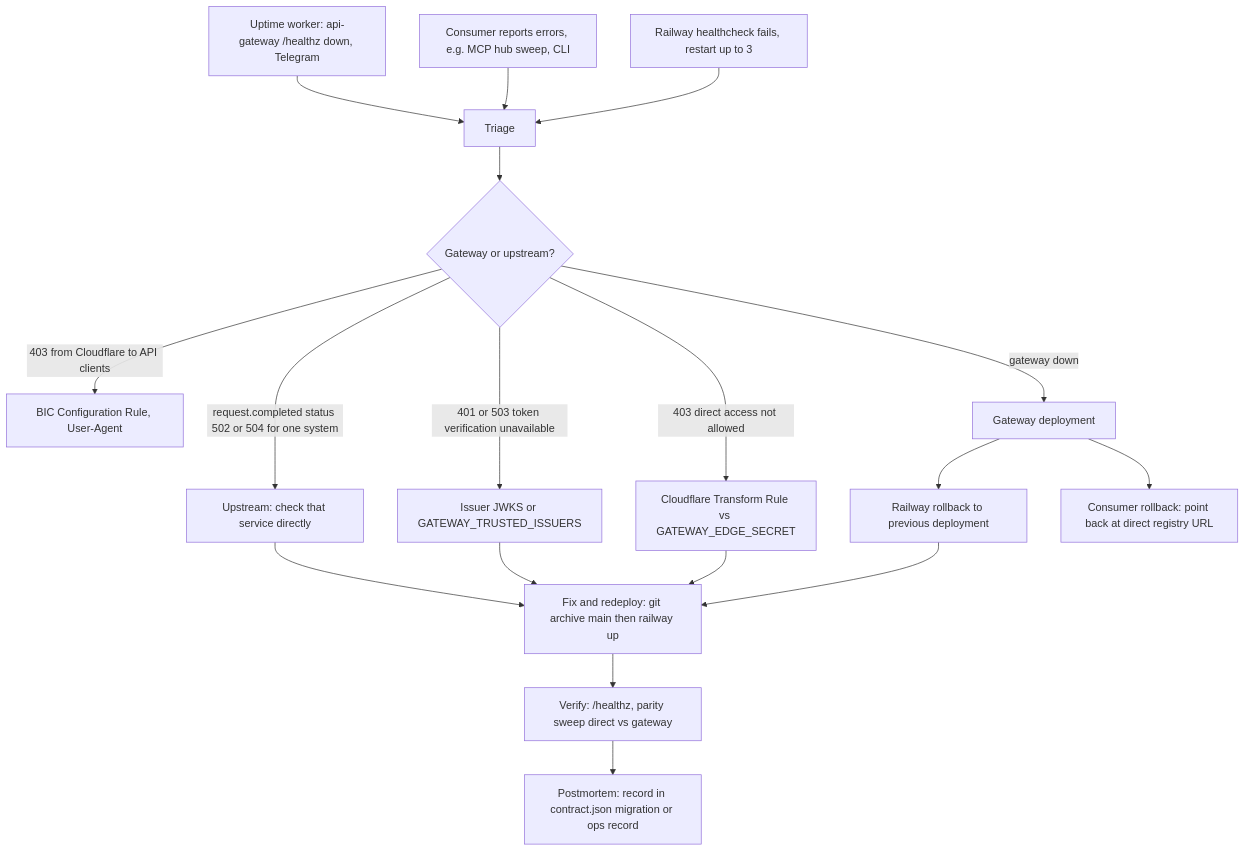
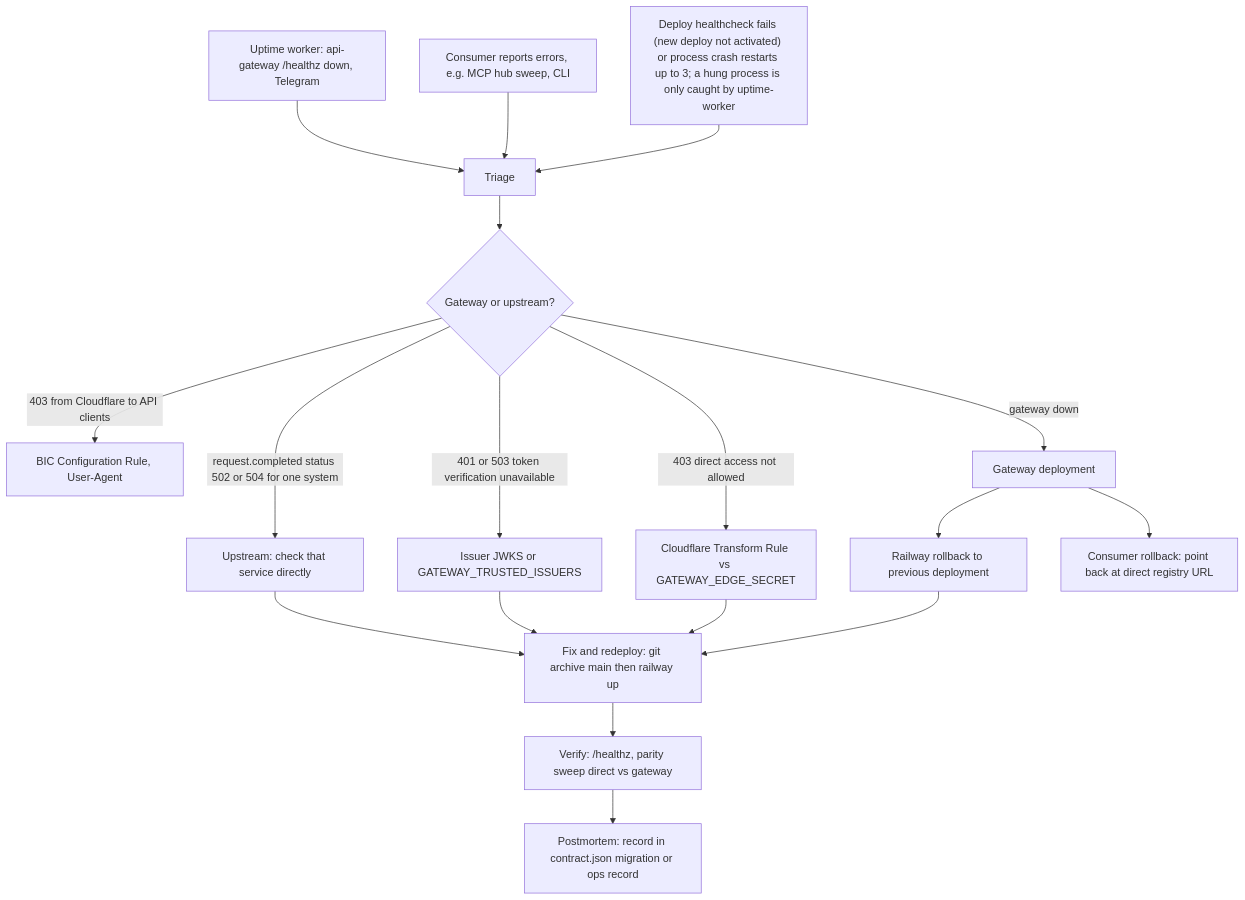
One commit to bookchaowalit-backend/platform-api-gateway changed the diagram in docs/diagrams/21-incident-response.md. Above: the diagram before and after it, drawn with Mermaid. The commit also changed 1 other file, not shown here.

Commit message:
docs: correct Core 22 pack per Codex review

````diff
--- a/docs/diagrams/21-incident-response.md
+++ b/docs/diagrams/21-incident-response.md
@@ -5,20 +5,20 @@
 ```mermaid
 flowchart TD
   A1["Uptime worker: api-gateway /healthz down, Telegram"] --> T["Triage"]
   A2["Consumer reports errors, e.g. MCP hub sweep, CLI"] --> T
-  A3["Railway healthcheck fails, restart up to 3"] --> T
+  A3["Deploy healthcheck fails (new deploy not activated) or process crash restarts up to 3; a hung process is only caught by uptime-worker"] --> T
   T --> Q1{"Gateway or upstream?"}
   Q1 -->|"request.completed status 502 or 504 for one system"| U["Upstream: check that service directly"]
   Q1 -->|"401 or 503 token verification unavailable"| J["Issuer JWKS or GATEWAY_TRUSTED_ISSUERS"]
   Q1 -->|"403 direct access not allowed"| E["Cloudflare Transform Rule vs GATEWAY_EDGE_SECRET"]
   Q1 -->|"403 from Cloudflare to API clients"| B["BIC Configuration Rule, User-Agent"]
   Q1 -->|"gateway down"| G["Gateway deployment"]
   G --> R1["Railway rollback to previous deployment"]
   G --> R2["Consumer rollback: point back at direct registry URL"]
   U --> FIX["Fix and redeploy: git archive main then railway up"]
   J --> FIX
   E --> FIX
   R1 --> FIX
   FIX --> V["Verify: /healthz, parity sweep direct vs gateway"]
   V --> PM["Postmortem: record in contract.json migration or ops record"]
 ```
````
